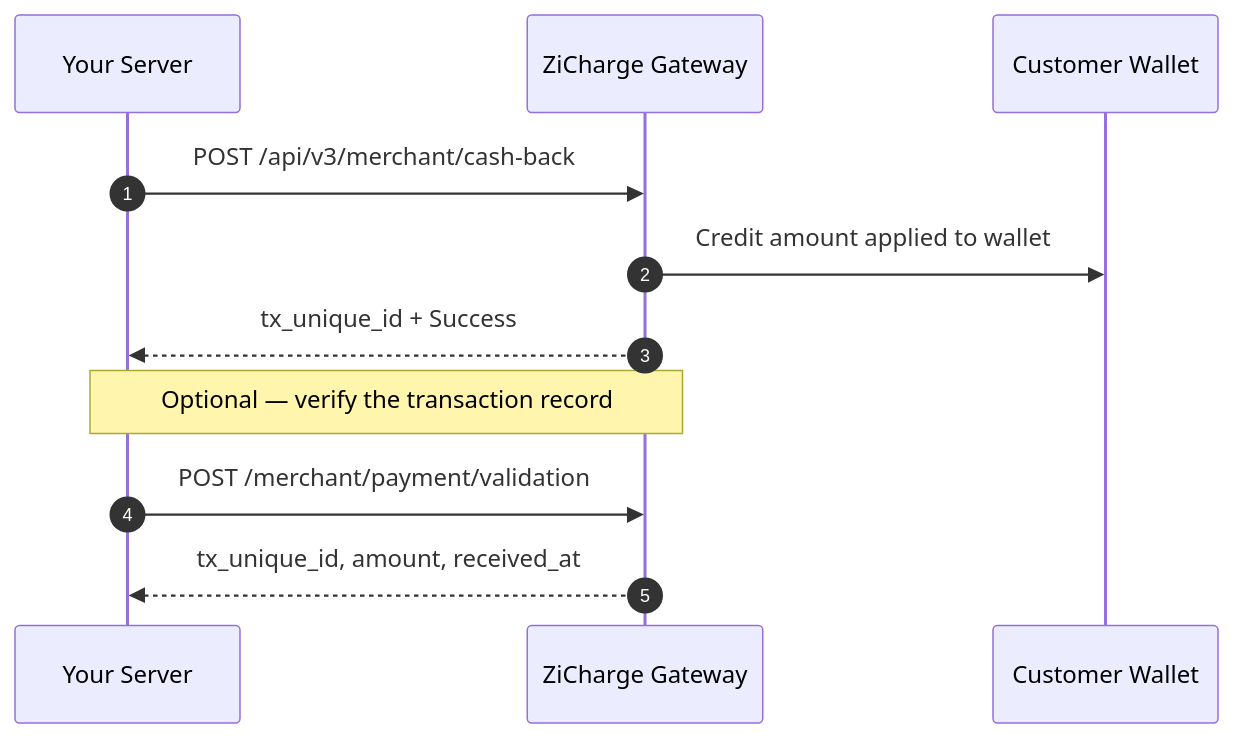
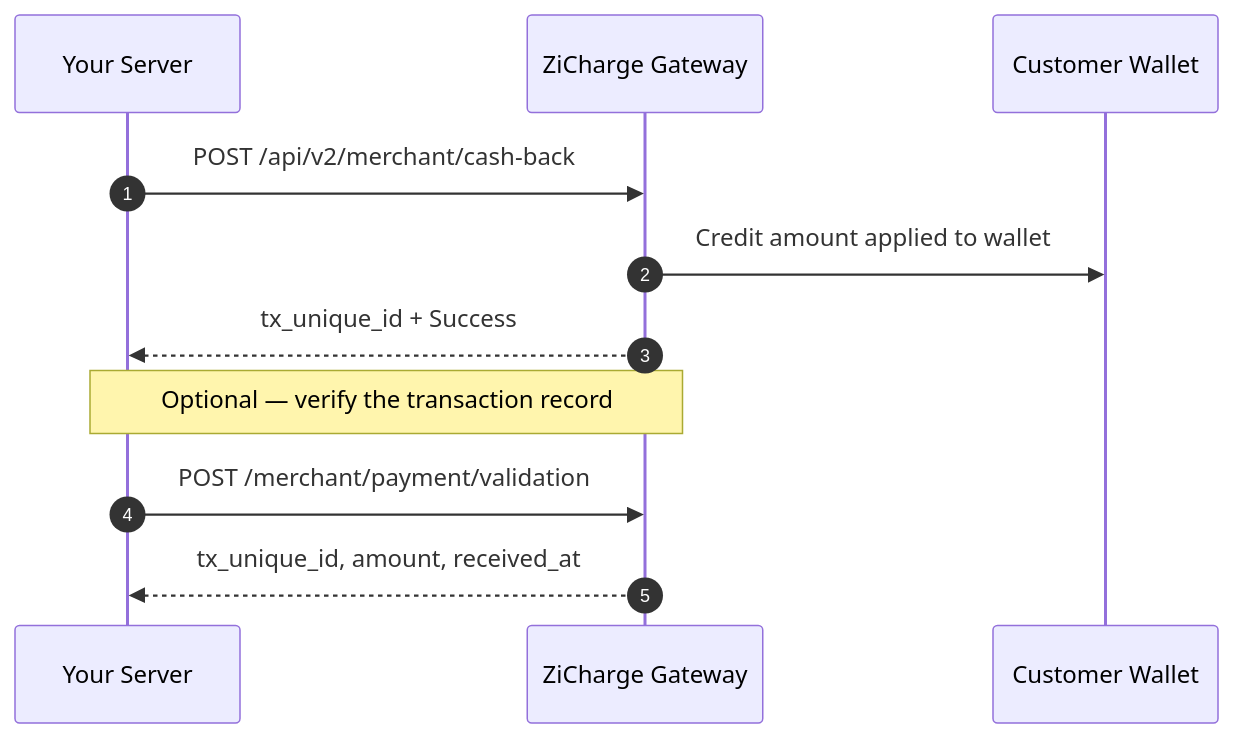
Before and after one commit to NewrozTech/zc-paymentgw-developer-docs: the second of 2 diagrams in docs/index.md, drawn with Mermaid. The commit also changed other lines of this file and 5 other files, not shown here.

````diff
--- a/docs/index.md
+++ b/docs/index.md
@@ -38,15 +38,15 @@
     ``` mermaid
     sequenceDiagram
         autonumber
         participant M as Your Server
         participant G as ZiCharge Gateway
         participant W as Customer Wallet
 
-        M->>G: POST /api/v3/merchant/cash-back
+        M->>G: POST /api/v2/merchant/cash-back
         G->>W: Credit amount applied to wallet
         G-->>M: tx_unique_id + Success
 
         note over M,G: Optional — verify the transaction record
         M->>G: POST /merchant/payment/validation
         G-->>M: tx_unique_id, amount, received_at
     ```
````
